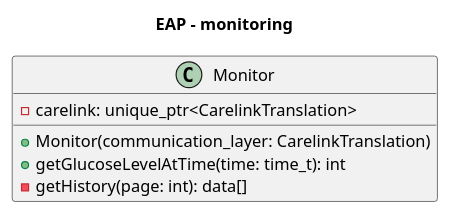
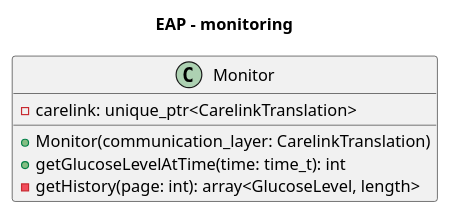
The diagram in doc/monitoring.puml (Nightscou2018/EAP), drawn with PlantUML before and after one commit.

Commit message:
Use array wrapper for history page

```diff
--- a/doc/monitoring.puml
+++ b/doc/monitoring.puml
@@ -1,12 +1,12 @@
 @startuml
 
 title EAP - monitoring
 
 class Monitor {
   + Monitor(communication_layer: CarelinkTranslation)
   - carelink: unique_ptr<CarelinkTranslation>
   + getGlucoseLevelAtTime(time: time_t): int
-  - getHistory(page: int): data[]
+  - getHistory(page: int): array<GlucoseLevel, length>
 }
 
 @enduml
```
